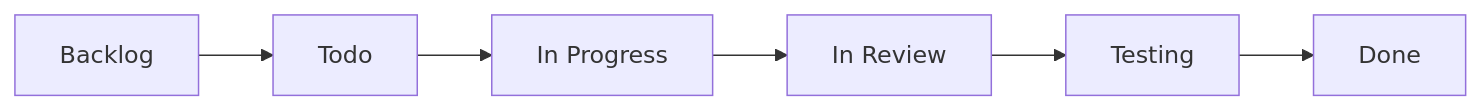
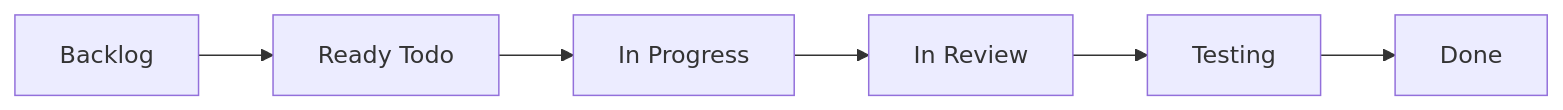
One commit to ArtemisHubApp/artemishub_docs changed the diagram in docs/guias/kanban.md. Above: the diagram before and after it, drawn with Mermaid. The commit also changed other lines of this file, not shown here.

````diff
--- a/docs/guias/kanban.md
+++ b/docs/guias/kanban.md
@@ -11,4 +11,4 @@
 ```mermaid
 flowchart LR
-    B[Backlog] --> T[Todo] --> P[In Progress] --> R[In Review] --> X[Testing] --> D[Done]
+    B[Backlog] --> T[Ready Todo] --> P[In Progress] --> R[In Review] --> X[Testing] --> D[Done]
 ```
````
